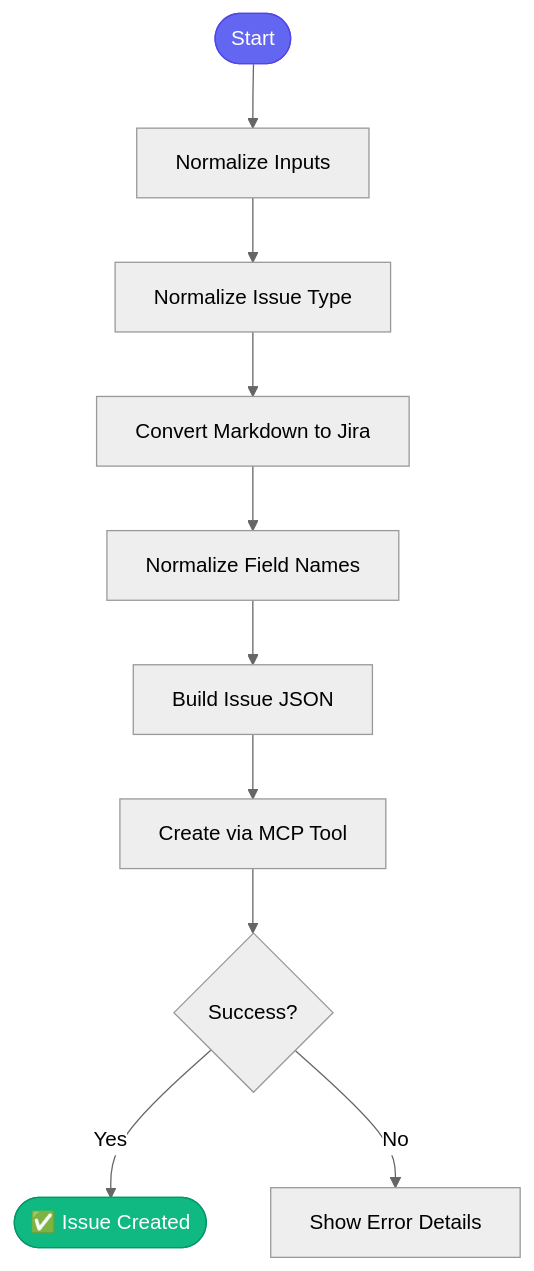
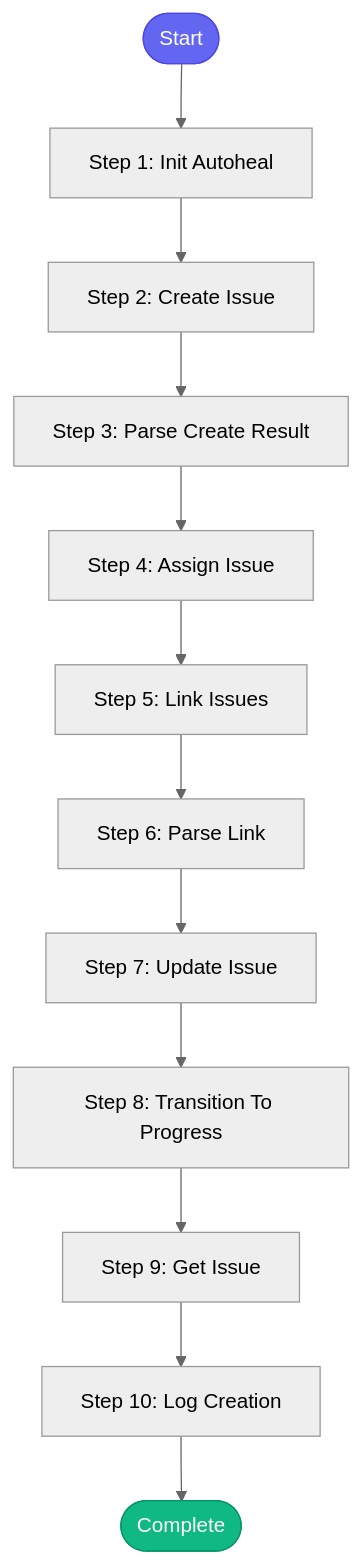
The diagram in docs/skills/create_jira_issue.md (dmzoneill/redhat-ai-workflow), drawn with Mermaid (neutral theme) before and after one commit. The commit also changed other lines of this file and 49 other files, not shown here.

````diff
--- a/docs/skills/create_jira_issue.md
+++ b/docs/skills/create_jira_issue.md
@@ -35,18 +47,28 @@
 ```mermaid
 flowchart TD
-    START([Start]) --> NORMALIZE[Normalize Inputs]
-
-    NORMALIZE --> TYPE[Normalize Issue Type]
-    TYPE --> MD[Convert Markdown to Jira]
-    MD --> FIELDS[Normalize Field Names]
-
-    FIELDS --> BUILD[Build Issue JSON]
-    BUILD --> CREATE[Create via MCP Tool]
-
-    CREATE --> SUCCESS{Success?}
-    SUCCESS -->|Yes| DONE([✅ Issue Created])
-    SUCCESS -->|No| ERROR[Show Error Details]
+    START([Start])
+    STEP1[Step 1: Init Autoheal]
+    START --> STEP1
+    STEP2[Step 2: Create Issue]
+    STEP1 --> STEP2
+    STEP3[Step 3: Parse Create Result]
+    STEP2 --> STEP3
+    STEP4[Step 4: Assign Issue]
+    STEP3 --> STEP4
+    STEP5[Step 5: Link Issues]
+    STEP4 --> STEP5
+    STEP6[Step 6: Parse Link]
+    STEP5 --> STEP6
+    STEP7[Step 7: Update Issue]
+    STEP6 --> STEP7
+    STEP8[Step 8: Transition To Progress]
+    STEP7 --> STEP8
+    STEP9[Step 9: Get Issue]
+    STEP8 --> STEP9
+    STEP10[Step 10: Log Creation]
+    STEP9 --> STEP10
+    STEP10 --> DONE([Complete])
 
     style START fill:#6366f1,stroke:#4f46e5,color:#fff
     style DONE fill:#10b981,stroke:#059669,color:#fff
 ```
````
